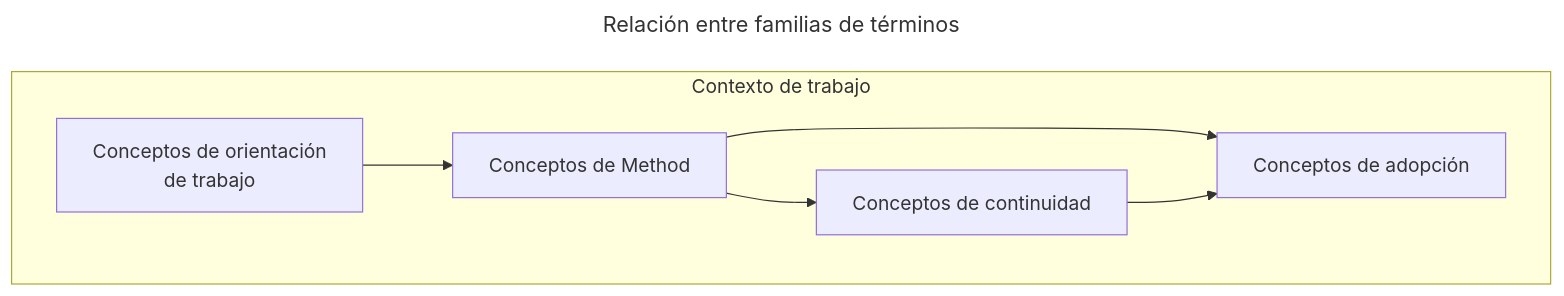
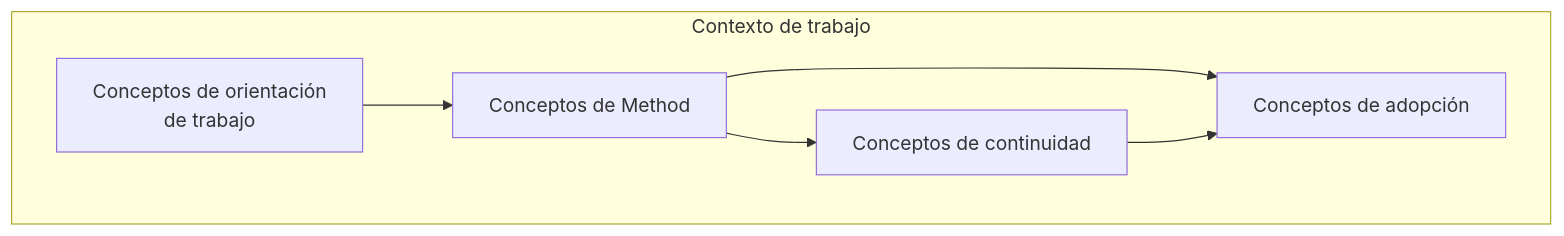
The first of 2 diagrams in docs/es/products/method/glossary.md (vslices/docs), drawn with Mermaid before and after one commit. The commit also changed other lines of this file and 36 other files, not shown here.

````diff
--- a/docs/es/products/method/glossary.md
+++ b/docs/es/products/method/glossary.md
@@ -11,20 +13,17 @@
 ```mermaid
----
-title: Relación entre familias de términos
----
 flowchart LR
   subgraph WC[Contexto de trabajo]
     direction LR
 
     A[Conceptos de orientación<br/>de trabajo]
     B[Conceptos de Method]
     C[Conceptos de continuidad]
     D[Conceptos de adopción]
 
     A --> B
     B --> C & D
     C --> D
 
   end
 
 ```
````
